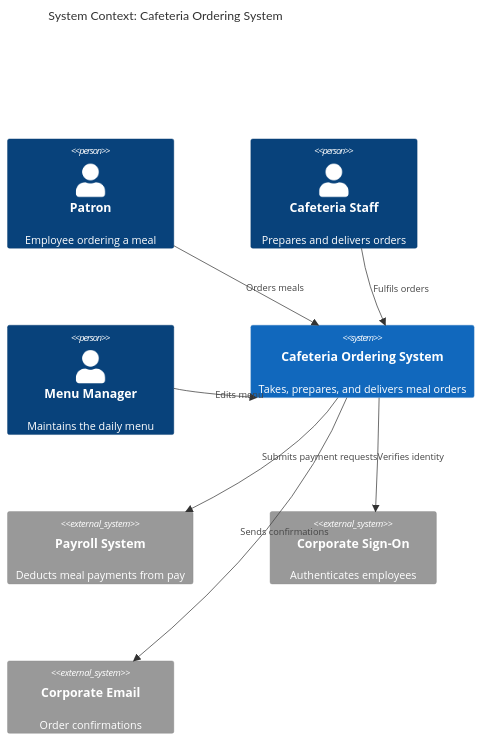
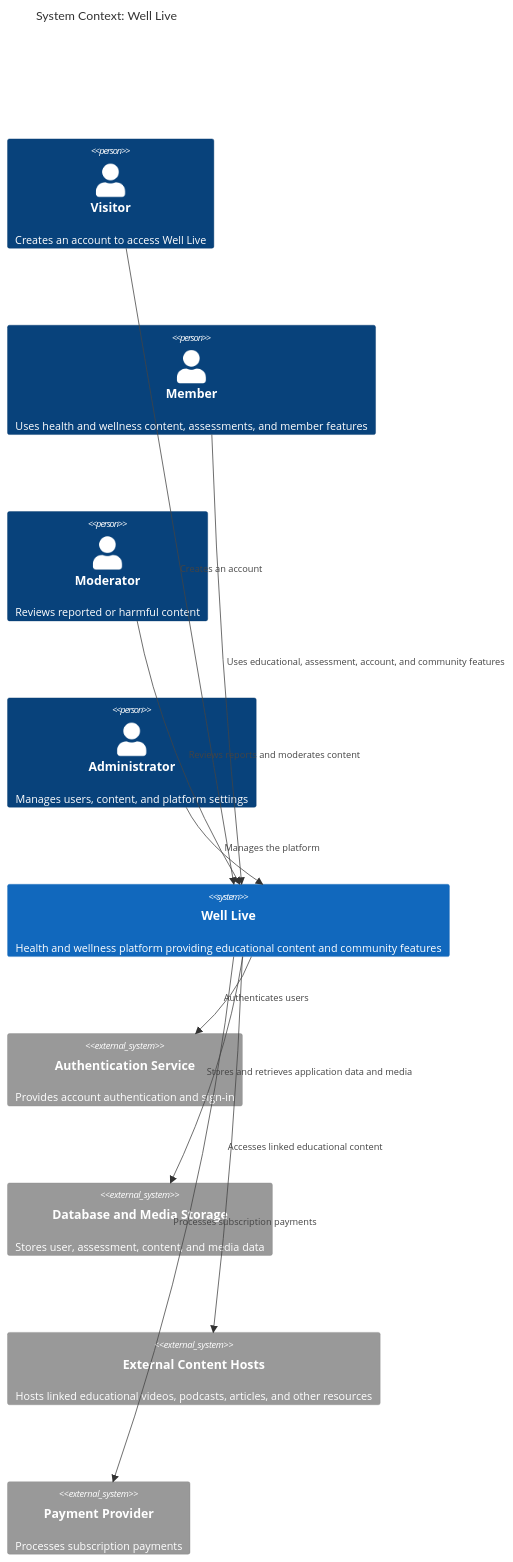
One commit to eggsbenedict287/tcu-cosc-40493-capstone-well-live changed the first of 2 diagrams in docs/design/architectural-design.md. Above: the diagram before and after it, drawn with Mermaid. The commit also changed other lines of this file, not shown here.

Commit message:
Add Well Live context and scope (part 3 of arch design)

````diff
--- a/docs/design/architectural-design.md
+++ b/docs/design/architectural-design.md
@@ -91,21 +91,26 @@
 ```mermaid
 C4Context
-    title System Context: Cafeteria Ordering System
+    title System Context: Well Live
 
-    Person(patron, "Patron", "Employee ordering a meal")
-    Person(staff, "Cafeteria Staff", "Prepares and delivers orders")
-    Person(menu, "Menu Manager", "Maintains the daily menu")
+    Person(visitor, "Visitor", "Creates an account to access Well Live")
+    Person(member, "Member", "Uses health and wellness content, assessments, and member features")
+    Person(moderator, "Moderator", "Reviews reported or harmful content")
+    Person(admin, "Administrator", "Manages users, content, and platform settings")
 
-    System(cos, "Cafeteria Ordering System", "Takes, prepares, and delivers meal orders")
+    System(welllive, "Well Live", "Health and wellness platform providing educational content and community features")
 
-    System_Ext(payroll, "Payroll System", "Deducts meal payments from pay")
-    System_Ext(sso, "Corporate Sign-On", "Authenticates employees")
-    System_Ext(email, "Corporate Email", "Order confirmations")
+    System_Ext(auth, "Authentication Service", "Provides account authentication and sign-in")
+    System_Ext(storage, "Database and Media Storage", "Stores user, assessment, content, and media data")
+    System_Ext(contentHost, "External Content Hosts", "Hosts linked educational videos, podcasts, articles, and other resources")
+    System_Ext(payment, "Payment Provider", "Processes subscription payments")
 
-    Rel(patron, cos, "Orders meals")
-    Rel(staff, cos, "Fulfils orders")
-    Rel(menu, cos, "Edits menu")
-    Rel(cos, payroll, "Submits payment requests")
-    Rel(cos, sso, "Verifies identity")
-    Rel(cos, email, "Sends confirmations")
+    Rel(visitor, welllive, "Creates an account")
+    Rel(member, welllive, "Uses educational, assessment, account, and community features")
+    Rel(moderator, welllive, "Reviews reports and moderates content")
+    Rel(admin, welllive, "Manages the platform")
+
+    Rel(welllive, auth, "Authenticates users")
+    Rel(welllive, storage, "Stores and retrieves application data and media")
+    Rel(welllive, contentHost, "Accesses linked educational content")
+    Rel(welllive, payment, "Processes subscription payments")
 ```
````
